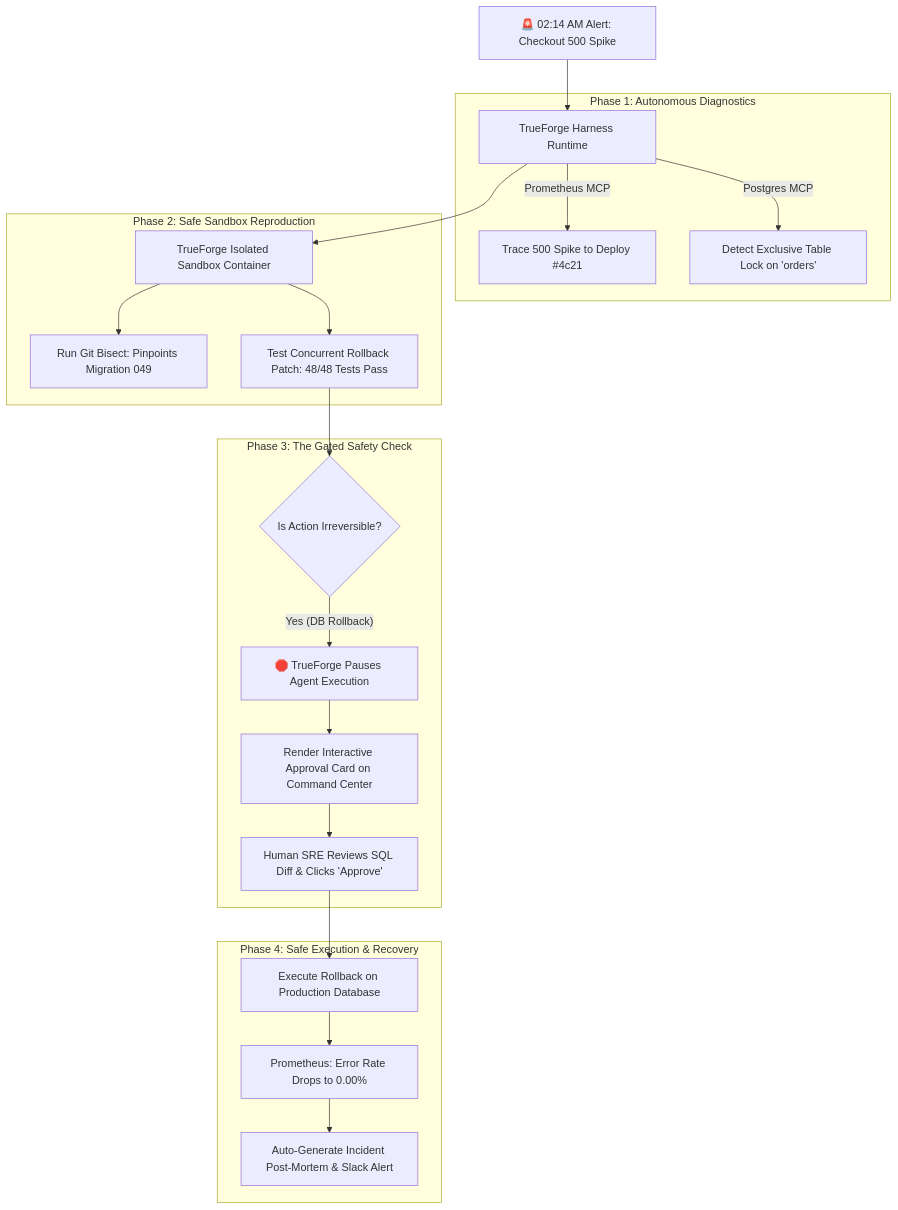
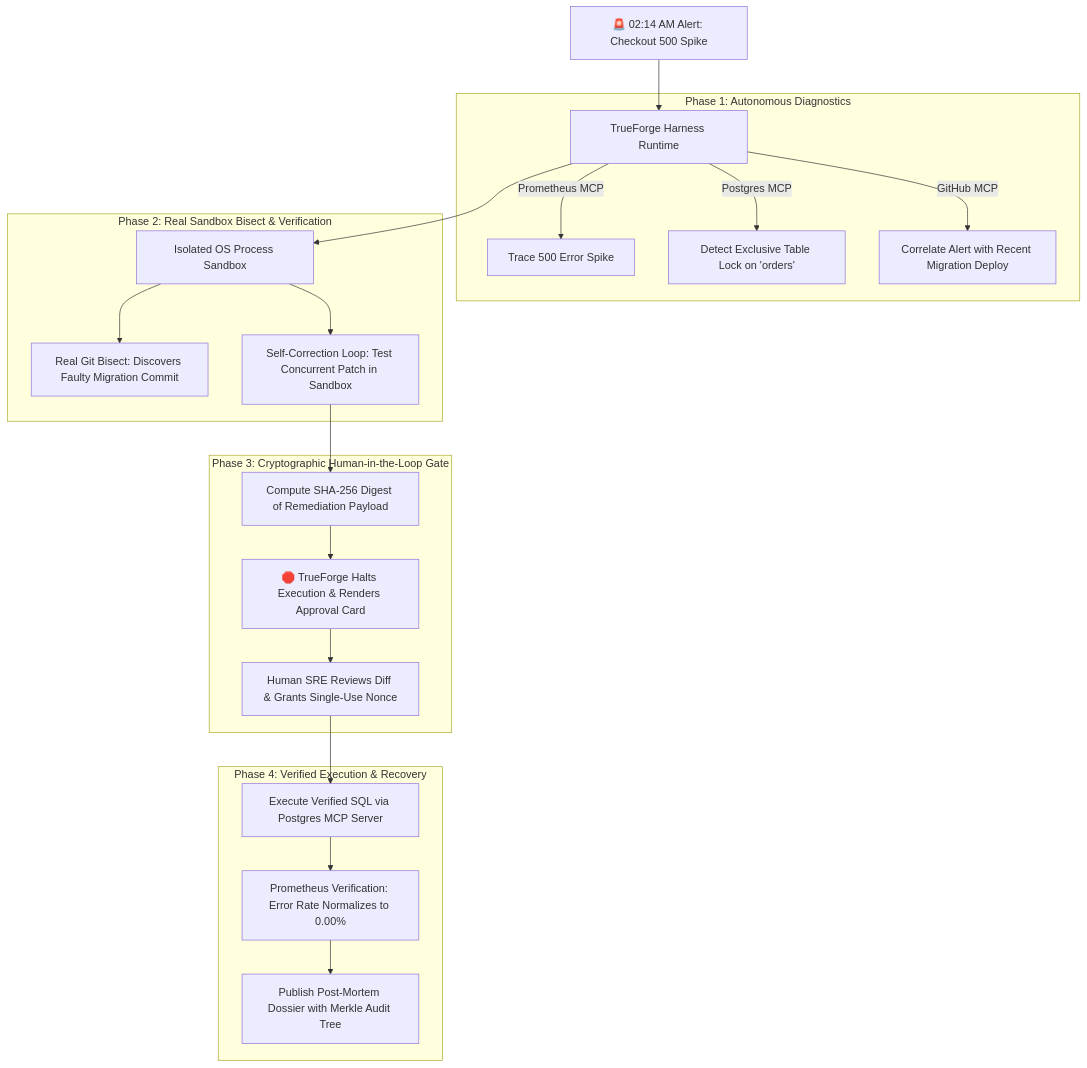
Before and after one commit to hivid1/truesentry: the diagram in README.md, drawn with Mermaid. The commit also changed other lines of this file and 5 other files, not shown here.

````diff
--- a/README.md
+++ b/README.md
@@ -23,28 +25,28 @@
 ```mermaid
 graph TD
     ALERT[🚨 02:14 AM Alert: Checkout 500 Spike] --> HARNESS[TrueForge Harness Runtime]
     
     subgraph "Phase 1: Autonomous Diagnostics"
-        HARNESS -->|Prometheus MCP| METRICS[Trace 500 Spike to Deploy #4c21]
+        HARNESS -->|Prometheus MCP| METRICS[Trace 500 Error Spike]
         HARNESS -->|Postgres MCP| LOCKS[Detect Exclusive Table Lock on 'orders']
+        HARNESS -->|GitHub MCP| DEPLOY[Correlate Alert with Recent Migration Deploy]
     end
     
-    subgraph "Phase 2: Safe Sandbox Reproduction"
-        HARNESS --> SANDBOX[TrueForge Isolated Sandbox Container]
-        SANDBOX --> BISECT[Run Git Bisect: Pinpoints Migration 049]
-        SANDBOX --> TEST[Test Concurrent Rollback Patch: 48/48 Tests Pass]
+    subgraph "Phase 2: Real Sandbox Bisect & Verification"
+        HARNESS --> SANDBOX[Isolated OS Process Sandbox]
+        SANDBOX --> BISECT[Real Git Bisect: Discovers Faulty Migration Commit]
+        SANDBOX --> TEST[Self-Correction Loop: Test Concurrent Patch in Sandbox]
     end
     
-    subgraph "Phase 3: The Gated Safety Check"
-        TEST --> PAUSE{Is Action Irreversible?}
-        PAUSE -- Yes (DB Rollback) --> HITL[🛑 TrueForge Pauses Agent Execution]
-        HITL --> UI[Render Interactive Approval Card on Command Center]
-        UI --> SRE[Human SRE Reviews SQL Diff & Clicks 'Approve']
+    subgraph "Phase 3: Cryptographic Human-in-the-Loop Gate"
+        TEST --> HASH[Compute SHA-256 Digest of Remediation Payload]
+        HASH --> PAUSE[🛑 TrueForge Halts Execution & Renders Approval Card]
+        PAUSE --> SRE[Human SRE Reviews Diff & Grants Single-Use Nonce]
     end
     
-    subgraph "Phase 4: Safe Execution & Recovery"
-        SRE --> EXEC[Execute Rollback on Production Database]
-        EXEC --> VERIFY[Prometheus: Error Rate Drops to 0.00%]
-        VERIFY --> POSTMORTEM[Auto-Generate Incident Post-Mortem & Slack Alert]
+    subgraph "Phase 4: Verified Execution & Recovery"
+        SRE --> EXEC[Execute Verified SQL via Postgres MCP Server]
+        EXEC --> VERIFY[Prometheus Verification: Error Rate Normalizes to 0.00%]
+        VERIFY --> POSTMORTEM[Publish Post-Mortem Dossier with Merkle Audit Tree]
     end
 ```
````
